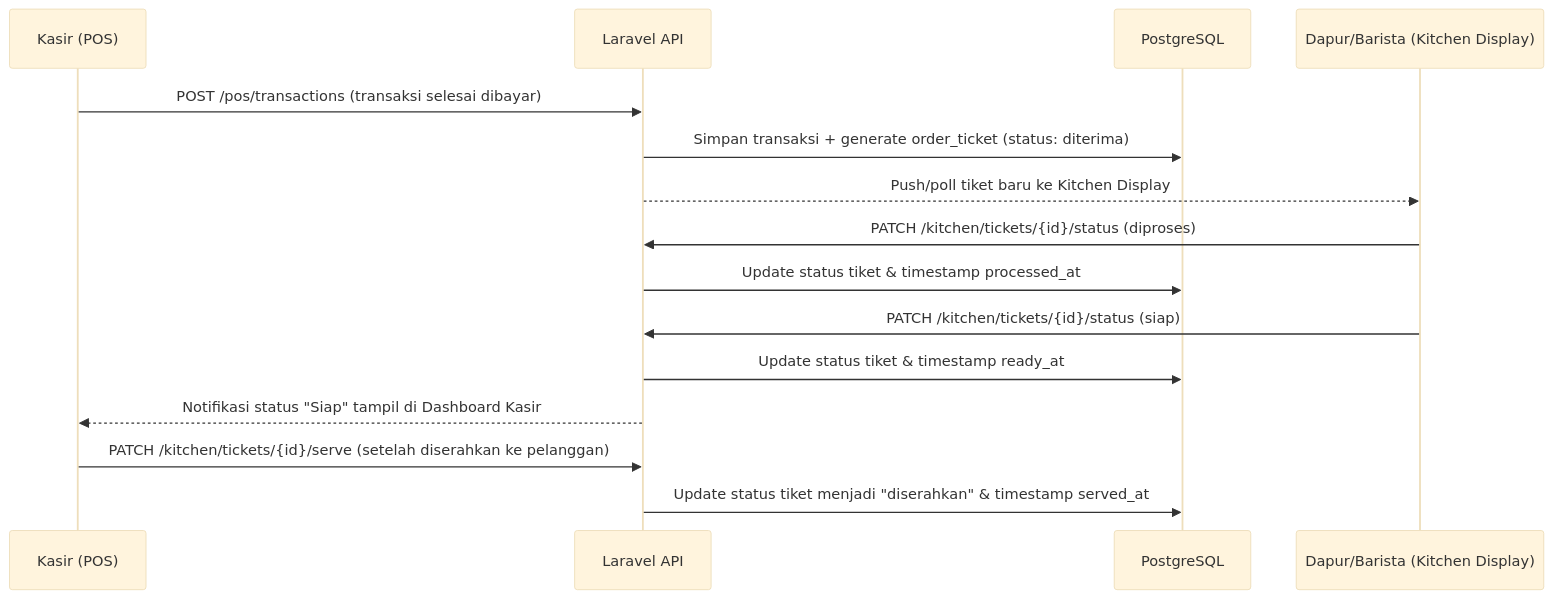
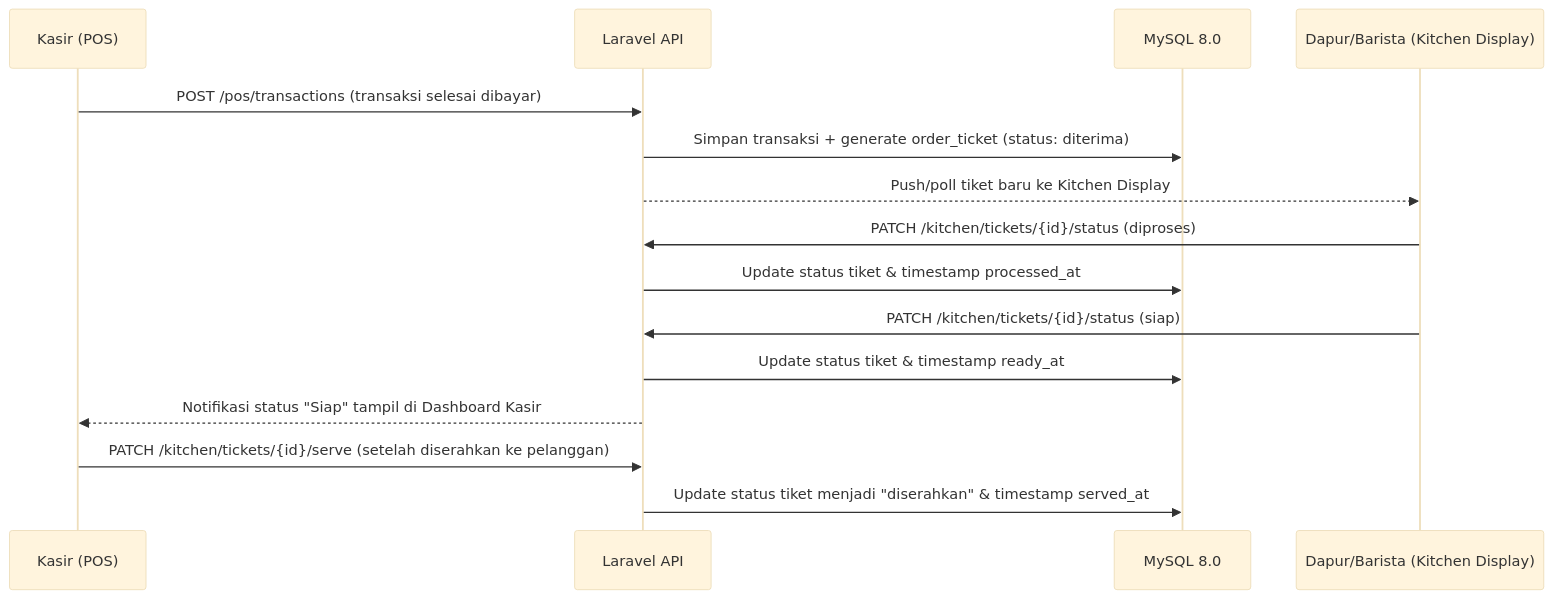
Before and after one commit to Gilangp/Cafe-POS: the seventh of 8 diagrams in docs/04_modules_specification.md, drawn with Mermaid (base theme). The commit also changed other lines of this file and 50 other files, not shown here.

Commit message:
feat: initialize core system architecture, database migrations, and documentation for coffee shop management platform

````diff
--- a/docs/04_modules_specification.md
+++ b/docs/04_modules_specification.md
@@ -360,18 +492,18 @@
 ```mermaid
 sequenceDiagram
     participant K as Kasir (POS)
     participant BE as Laravel API
-    participant DB as PostgreSQL
+    participant DB as MySQL 8.0
     participant D as Dapur/Barista (Kitchen Display)
 
     K->>BE: POST /pos/transactions (transaksi selesai dibayar)
     BE->>DB: Simpan transaksi + generate order_ticket (status: diterima)
     BE-->>D: Push/poll tiket baru ke Kitchen Display
     D->>BE: PATCH /kitchen/tickets/{id}/status (diproses)
     BE->>DB: Update status tiket & timestamp processed_at
     D->>BE: PATCH /kitchen/tickets/{id}/status (siap)
     BE->>DB: Update status tiket & timestamp ready_at
     BE-->>K: Notifikasi status "Siap" tampil di Dashboard Kasir
     K->>BE: PATCH /kitchen/tickets/{id}/serve (setelah diserahkan ke pelanggan)
     BE->>DB: Update status tiket menjadi "diserahkan" & timestamp served_at
 ```
````
